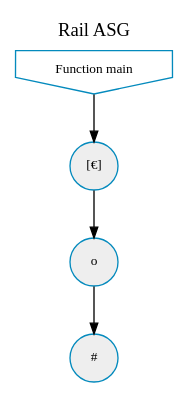
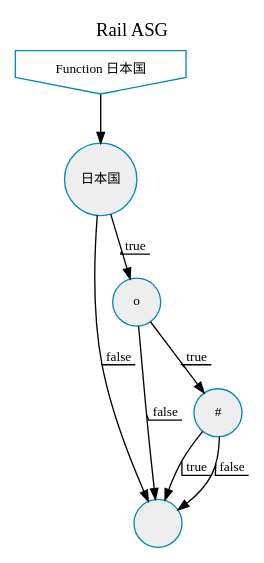
One commit to ccebinger/SWPSoSe14 changed the diagram in projekt-compiler/io/graphviz.dot. Above: the diagram before and after it, drawn with Graphviz. The commit also changed 2 other files, not shown here.

```diff
--- a/projekt-compiler/io/graphviz.dot
+++ b/projekt-compiler/io/graphviz.dot
@@ -1,15 +1,20 @@
 digraph G {
 	node [shape="circle",fontname=Courir,fontsize=10,style=filled,penwidth=1,fillcolor="#EEEEEE",color="#048ABD"]
 	edge [color="#000000", arrowsize="0.8", fontsize=10, decorate=true]
 	labelloc="t";
 	label="Rail ASG";
 	rankdir="TL";
 
-	funcmain [shape="invhouse",fillcolor="none",label="Function main"]
-	funcmain -> 1
-	1 [label="[€]"]
-	1 -> 2
+	func日本国 [shape="invhouse",fillcolor="none",label="Function 日本国"]
+	func日本国 -> 1
+	0 [label=""]
+	1 [label="日本国"]
+	1 -> 2 [label="true"]
+	1 -> 0 [label="false"]
 	2 [label="o"]
-	2 -> 3
+	2 -> 3 [label="true"]
+	2 -> 0 [label="false"]
 	3 [label="#"]
+	3 -> 0 [label="true"]
+	3 -> 0 [label="false"]
 }
```
